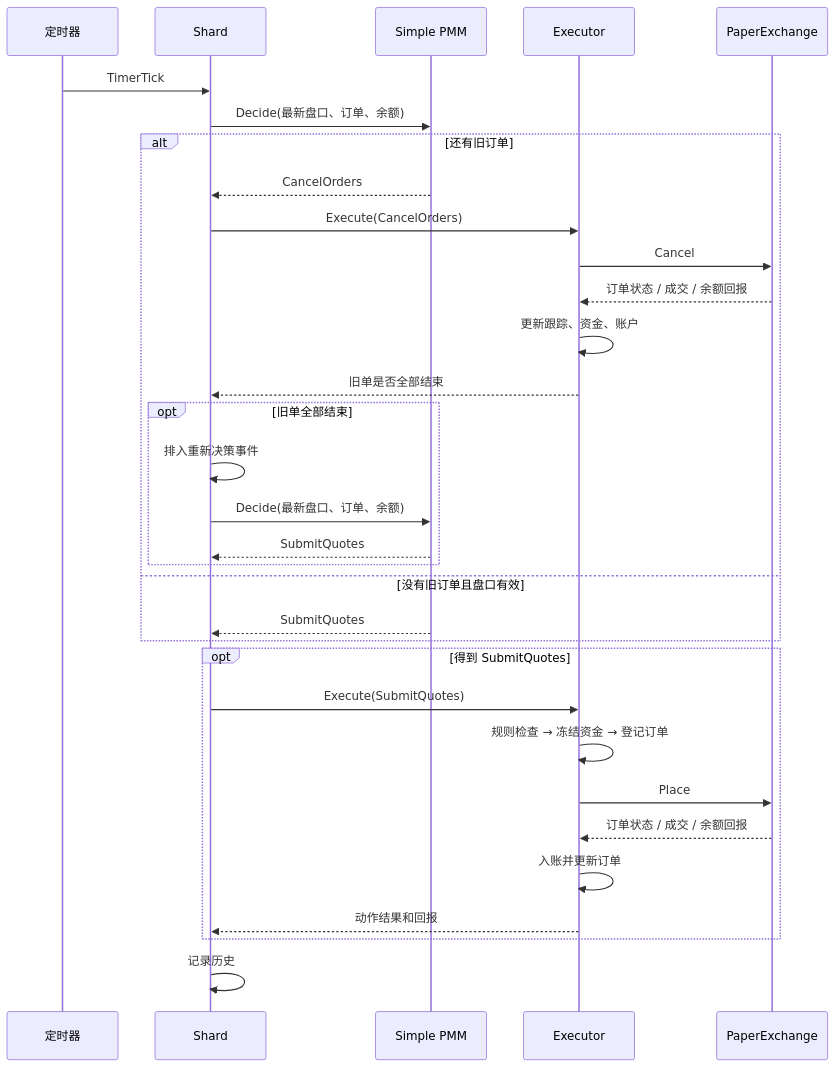
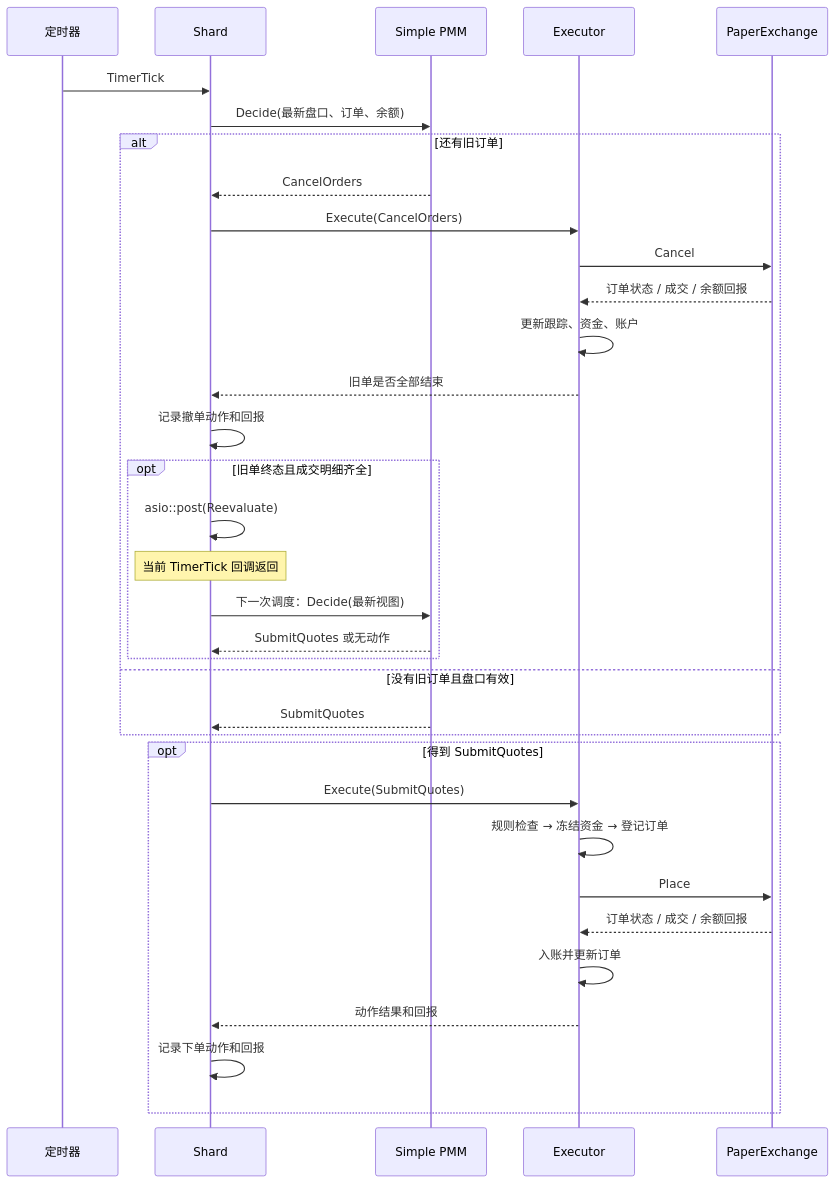
One commit to larrystd/hbot-quant changed the fourth of 6 diagrams in docs/DESIGN.md. Above: the diagram before and after it, drawn with Mermaid. The commit also changed other lines of this file, not shown here.

```diff
--- a/docs/DESIGN.md
+++ b/docs/DESIGN.md
@@ -169,34 +245,36 @@
 ~~~mermaid
 sequenceDiagram
     participant T as 定时器
     participant S as Shard
     participant P as Simple PMM
     participant E as Executor
     participant X as PaperExchange
     T->>S: TimerTick
     S->>P: Decide(最新盘口、订单、余额)
     alt 还有旧订单
         P-->>S: CancelOrders
         S->>E: Execute(CancelOrders)
         E->>X: Cancel
         X-->>E: 订单状态 / 成交 / 余额回报
         E->>E: 更新跟踪、资金、账户
         E-->>S: 旧单是否全部结束
-        opt 旧单全部结束
-            S->>S: 排入重新决策事件
-            S->>P: Decide(最新盘口、订单、余额)
-            P-->>S: SubmitQuotes
+        S->>S: 记录撤单动作和回报
+        opt 旧单终态且成交明细齐全
+            S->>S: asio::post(Reevaluate)
+            Note over S: 当前 TimerTick 回调返回
+            S->>P: 下一次调度：Decide(最新视图)
+            P-->>S: SubmitQuotes 或无动作
         end
     else 没有旧订单且盘口有效
         P-->>S: SubmitQuotes
     end
     opt 得到 SubmitQuotes
         S->>E: Execute(SubmitQuotes)
         E->>E: 规则检查 → 冻结资金 → 登记订单
         E->>X: Place
         X-->>E: 订单状态 / 成交 / 余额回报
         E->>E: 入账并更新订单
         E-->>S: 动作结果和回报
+        S->>S: 记录下单动作和回报
     end
-    S->>S: 记录历史
 ~~~
```
